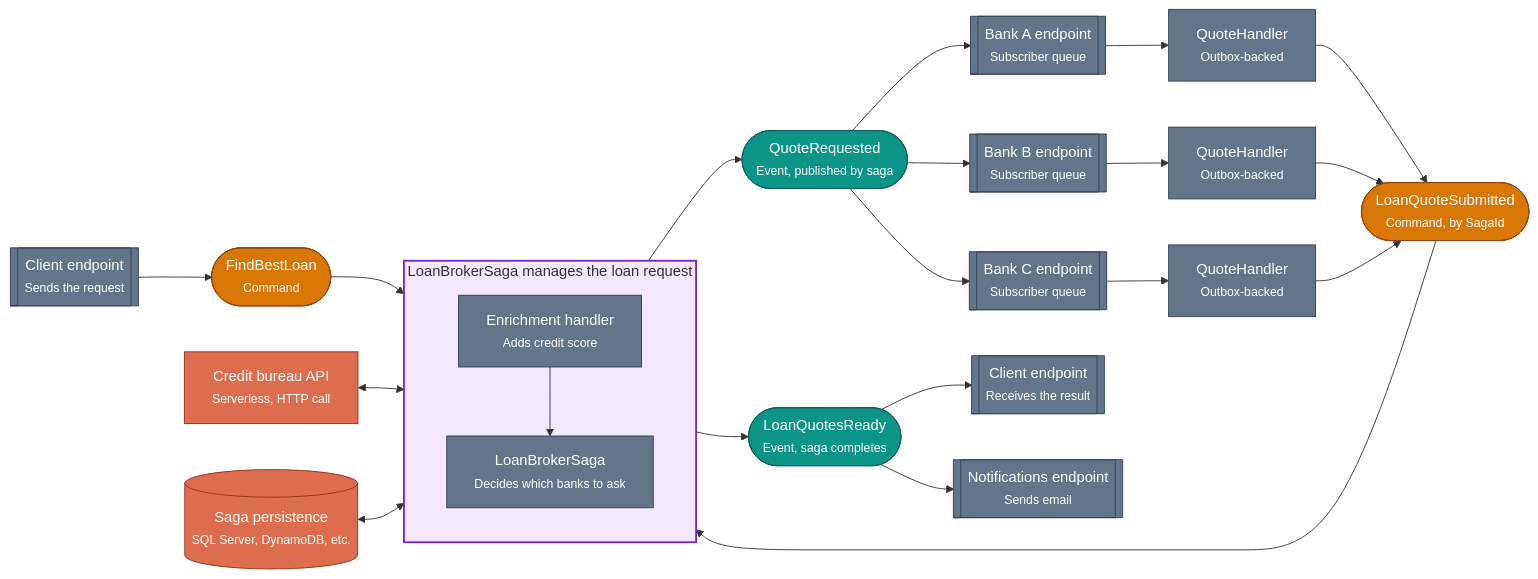
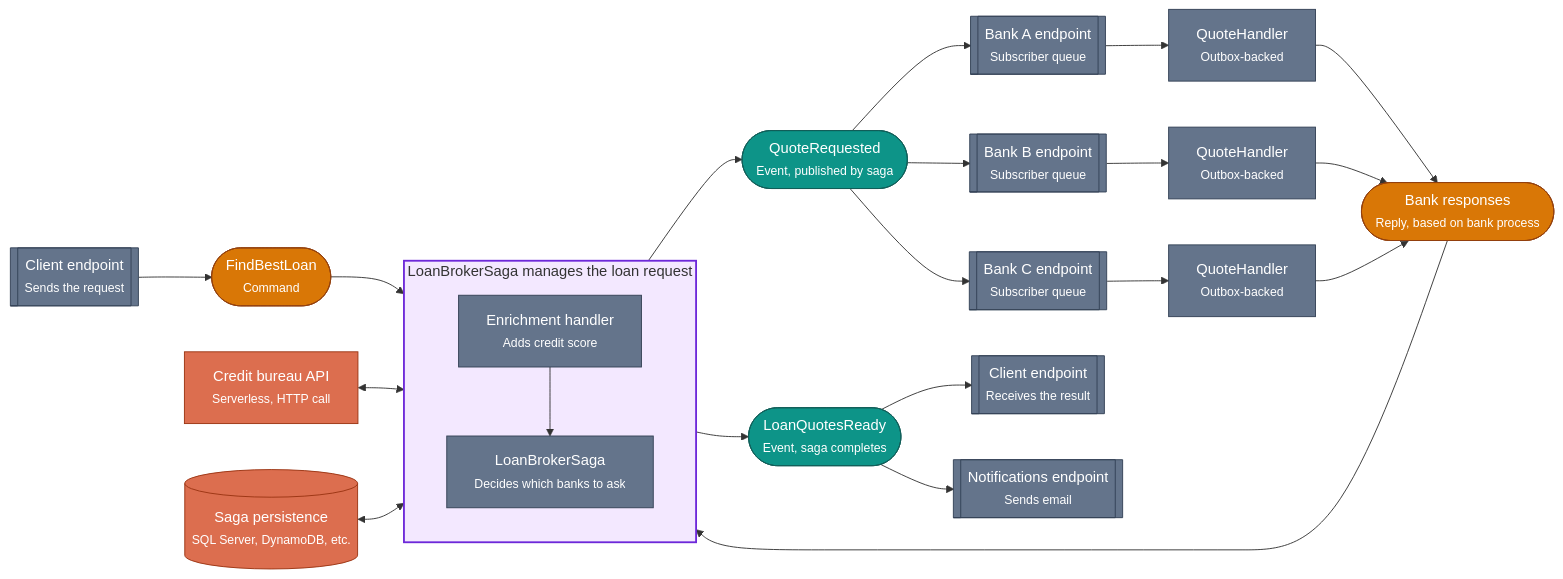
One commit to Particular/docs.particular.net changed the diagram in samples/showcase/loan-broker-showcase/index.md. Above: the diagram before and after it, drawn with Mermaid.

Commit message:
Fix chart (#8387)

````diff
--- a/samples/showcase/loan-broker-showcase/index.md
+++ b/samples/showcase/loan-broker-showcase/index.md
@@ -22,57 +22,57 @@
 ```mermaid
 flowchart LR
     Client[["Client endpoint<br/><small>Sends the request</small>"]]
     FindBestLoan(["FindBestLoan<br/><small>Command</small>"])
 
     CreditBureau["Credit bureau API<br/><small>Serverless, HTTP call</small>"]
     SagaStore[("Saga persistence<br/><small>SQL Server, DynamoDB, etc.<small>")]
 
     subgraph Broker["LoanBrokerSaga manages the loan request"]
         direction TB
         Enrich["Enrichment handler<br/><small>Adds credit score</small>"]
         Decide["LoanBrokerSaga<br/><small>Decides which banks to ask</small>"]
         Enrich --> Decide
     end
 
     QuoteRequested(["QuoteRequested<br/><small>Event, published by saga</small>"])
 
     BankA[["Bank A endpoint<br/><small>Subscriber queue</small>"]]
     BankB[["Bank B endpoint<br/><small>Subscriber queue</small>"]]
     BankC[["Bank C endpoint<br/><small>Subscriber queue</small>"]]
     HandlerA["QuoteHandler<br/><small>Outbox-backed</small>"]
     HandlerB["QuoteHandler<br/><small>Outbox-backed</small>"]
     HandlerC["QuoteHandler<br/><small>Outbox-backed</small>"]
 
-    LoanQuoteSubmitted(["LoanQuoteSubmitted<br/><small>Command, by SagaId</small>"])
+    LoanQuoteSubmitted(["Bank responses<br/><small>Reply, based on bank process</small>"])
     LoanQuotesReady(["LoanQuotesReady<br/><small>Event, saga completes</small>"])
 
     ClientReceives[["Client endpoint<br/><small>Receives the result</small>"]]
     Notifications[["Notifications endpoint<br/><small>Sends email</small>"]]
 
     Client --> FindBestLoan --> Enrich
     CreditBureau <--> Enrich
     SagaStore <--> Decide
     Decide --> QuoteRequested
     QuoteRequested --> BankA --> HandlerA
     QuoteRequested --> BankB --> HandlerB
     QuoteRequested --> BankC --> HandlerC
     HandlerA --> LoanQuoteSubmitted
     HandlerB --> LoanQuoteSubmitted
     HandlerC --> LoanQuoteSubmitted
     LoanQuoteSubmitted --> Decide
     Decide --> LoanQuotesReady
     LoanQuotesReady --> ClientReceives
     LoanQuotesReady --> Notifications
 
     classDef endpoint fill:#64748b,stroke:#334155,color:#fff
     classDef command fill:#d97706,stroke:#92400e,color:#fff
     classDef event fill:#0d9488,stroke:#115e59,color:#fff
     classDef external fill:#dc6e4f,stroke:#9a3412,color:#fff
     classDef broker fill:#6d28d9,stroke:#4c1d95,color:#fff
 
     class Client,ClientReceives,Notifications,BankA,BankB,BankC,HandlerA,HandlerB,HandlerC,Enrich,Decide endpoint
     class FindBestLoan,LoanQuoteSubmitted command
     class QuoteRequested,LoanQuotesReady event
     class CreditBureau,SagaStore external
     style Broker fill:#f3e8ff,stroke:#6d28d9,stroke-width:2px
 ```
````
